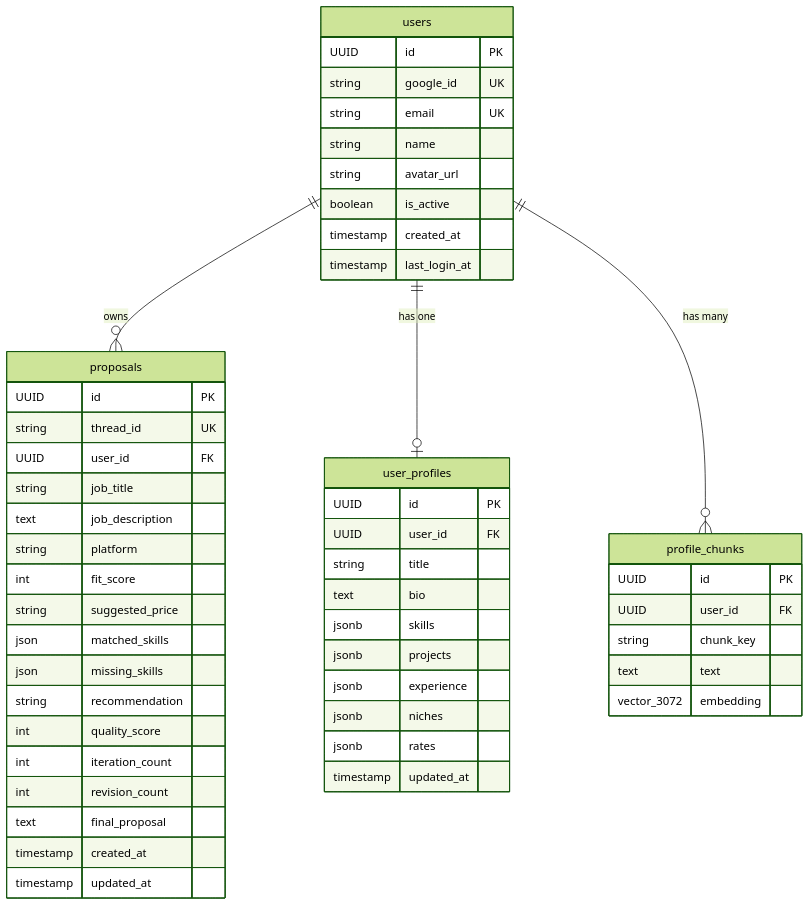
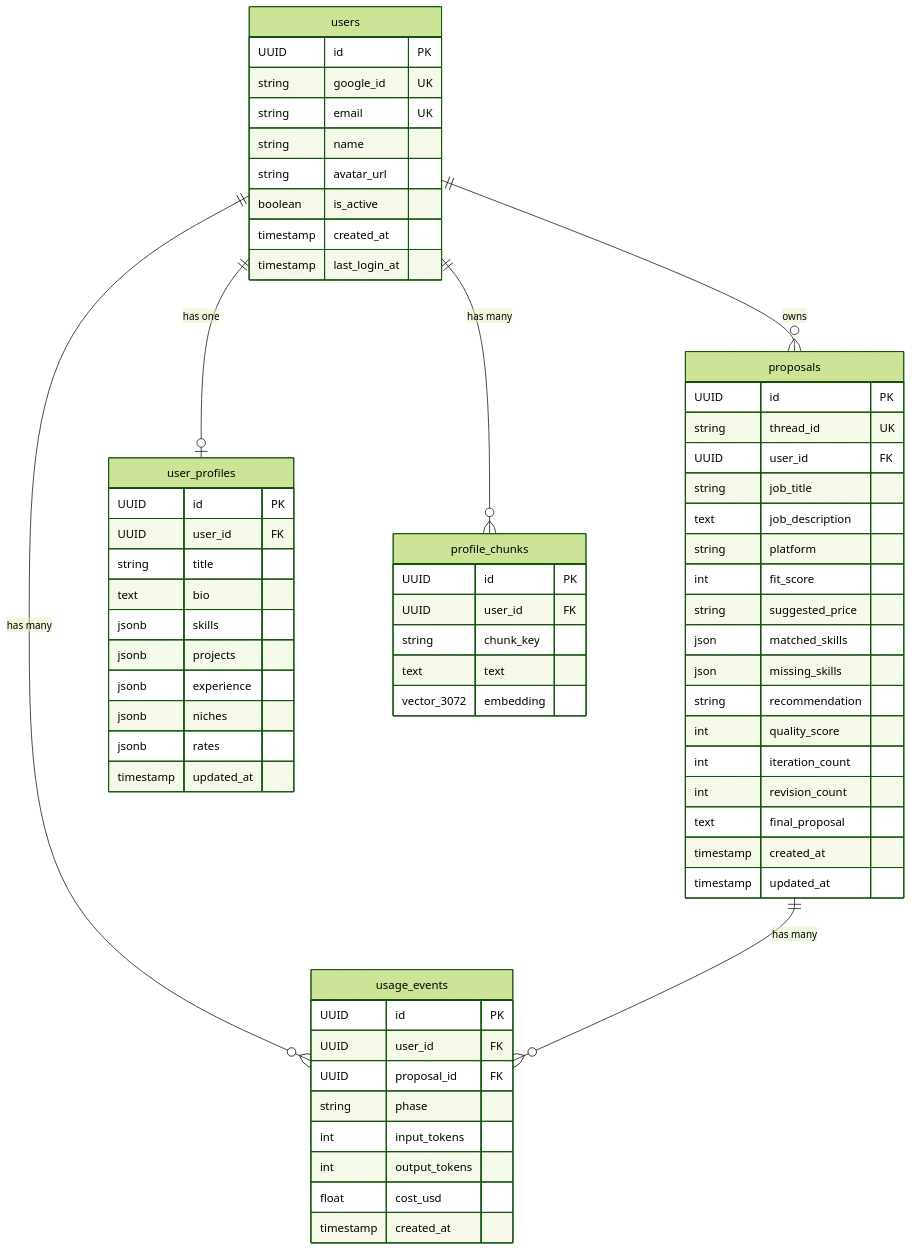
The fourth of 4 diagrams in README.md (HassanAbdullahHere/pitchforge), drawn with Mermaid (forest theme) before and after one commit. The commit also changed other lines of this file and 2 other files, not shown here.

````diff
--- a/README.md
+++ b/README.md
@@ -247,58 +250,71 @@
 ```mermaid
 erDiagram
     users {
         UUID id PK
         string google_id UK
         string email UK
         string name
         string avatar_url
         boolean is_active
         timestamp created_at
         timestamp last_login_at
     }
 
     proposals {
         UUID id PK
         string thread_id UK
         UUID user_id FK
         string job_title
         text job_description
         string platform
         int fit_score
         string suggested_price
         json matched_skills
         json missing_skills
         string recommendation
         int quality_score
         int iteration_count
         int revision_count
         text final_proposal
         timestamp created_at
         timestamp updated_at
     }
 
     user_profiles {
         UUID id PK
         UUID user_id FK
         string title
         text bio
         jsonb skills
         jsonb projects
         jsonb experience
         jsonb niches
         jsonb rates
         timestamp updated_at
     }
 
     profile_chunks {
         UUID id PK
         UUID user_id FK
         string chunk_key
         text text
         vector_3072 embedding
     }
 
+    usage_events {
+        UUID id PK
+        UUID user_id FK
+        UUID proposal_id FK
+        string phase
+        int input_tokens
+        int output_tokens
+        float cost_usd
+        timestamp created_at
+    }
+
     users ||--o{ proposals : "owns"
     users ||--o| user_profiles : "has one"
     users ||--o{ profile_chunks : "has many"
+    users ||--o{ usage_events : "has many"
+    proposals ||--o{ usage_events : "has many"
 ```
````
